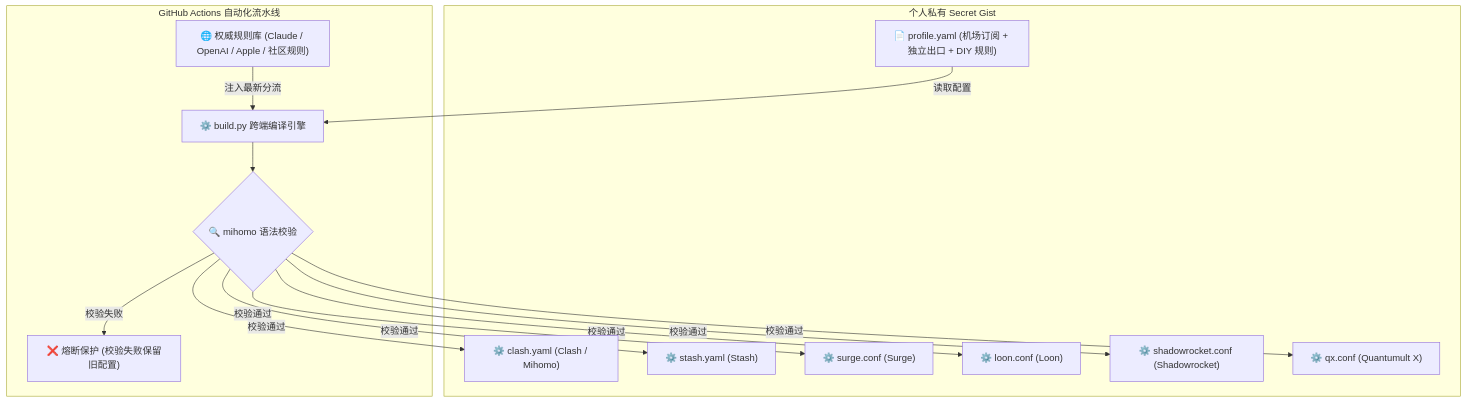
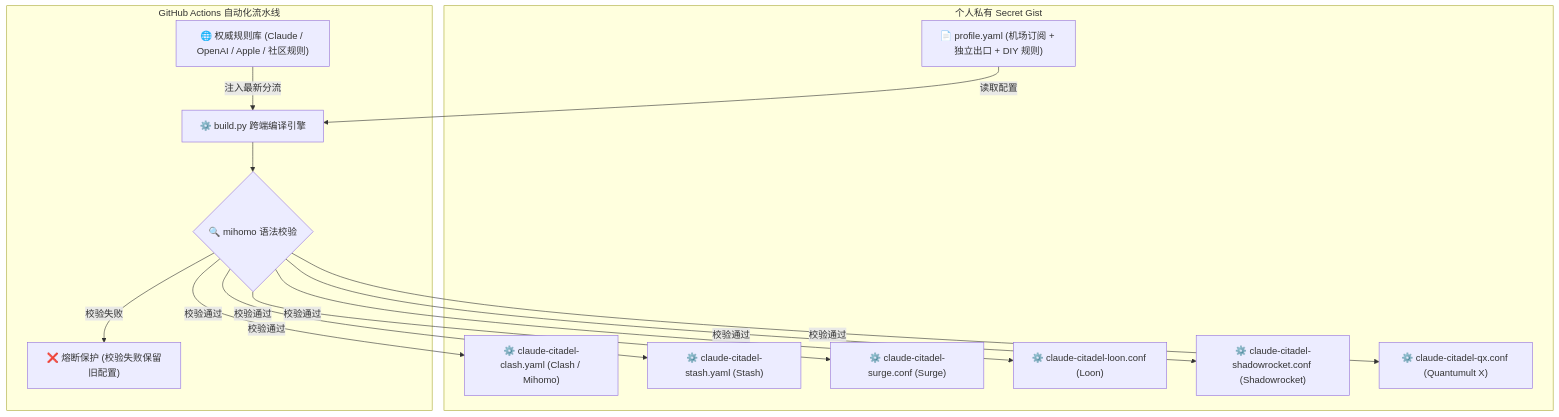
The diagram in README.md (Weicoz/claude-citadel), drawn with Mermaid before and after one commit. The commit also changed other lines of this file and 4 other files, not shown here.

Commit message:
feat: 配置文件名统一添加项目前缀 (claude-citadel-)，内置仓库专属 Skill 零本地云端配置与自动更新

````diff
--- a/README.md
+++ b/README.md
@@ -35,30 +35,30 @@
 ```mermaid
 flowchart TD
     subgraph GIST ["个人私有 Secret Gist"]
         IN["📄 profile.yaml (机场订阅 + 独立出口 + DIY 规则)"]
-        OUT1["⚙️ clash.yaml (Clash / Mihomo)"]
-        OUT2["⚙️ stash.yaml (Stash)"]
-        OUT3["⚙️ surge.conf (Surge)"]
-        OUT4["⚙️ loon.conf (Loon)"]
-        OUT5["⚙️ shadowrocket.conf (Shadowrocket)"]
-        OUT6["⚙️ qx.conf (Quantumult X)"]
+        OUT1["⚙️ claude-citadel-clash.yaml (Clash / Mihomo)"]
+        OUT2["⚙️ claude-citadel-stash.yaml (Stash)"]
+        OUT3["⚙️ claude-citadel-surge.conf (Surge)"]
+        OUT4["⚙️ claude-citadel-loon.conf (Loon)"]
+        OUT5["⚙️ claude-citadel-shadowrocket.conf (Shadowrocket)"]
+        OUT6["⚙️ claude-citadel-qx.conf (Quantumult X)"]
     end
 
     subgraph ACTIONS ["GitHub Actions 自动化流水线"]
         UP["🌐 权威规则库 (Claude / OpenAI / Apple / 社区规则)"]
         ACT["⚙️ build.py 跨端编译引擎"]
         VAL{"🔍 mihomo 语法校验"}
         ERR["❌ 熔断保护 (校验失败保留旧配置)"]
     end
 
     IN -->|读取配置| ACT
     UP -->|注入最新分流| ACT
     ACT --> VAL
     VAL -->|校验通过| OUT1
     VAL -->|校验通过| OUT2
     VAL -->|校验通过| OUT3
     VAL -->|校验通过| OUT4
     VAL -->|校验通过| OUT5
     VAL -->|校验通过| OUT6
     VAL -->|校验失败| ERR
 ```
````
